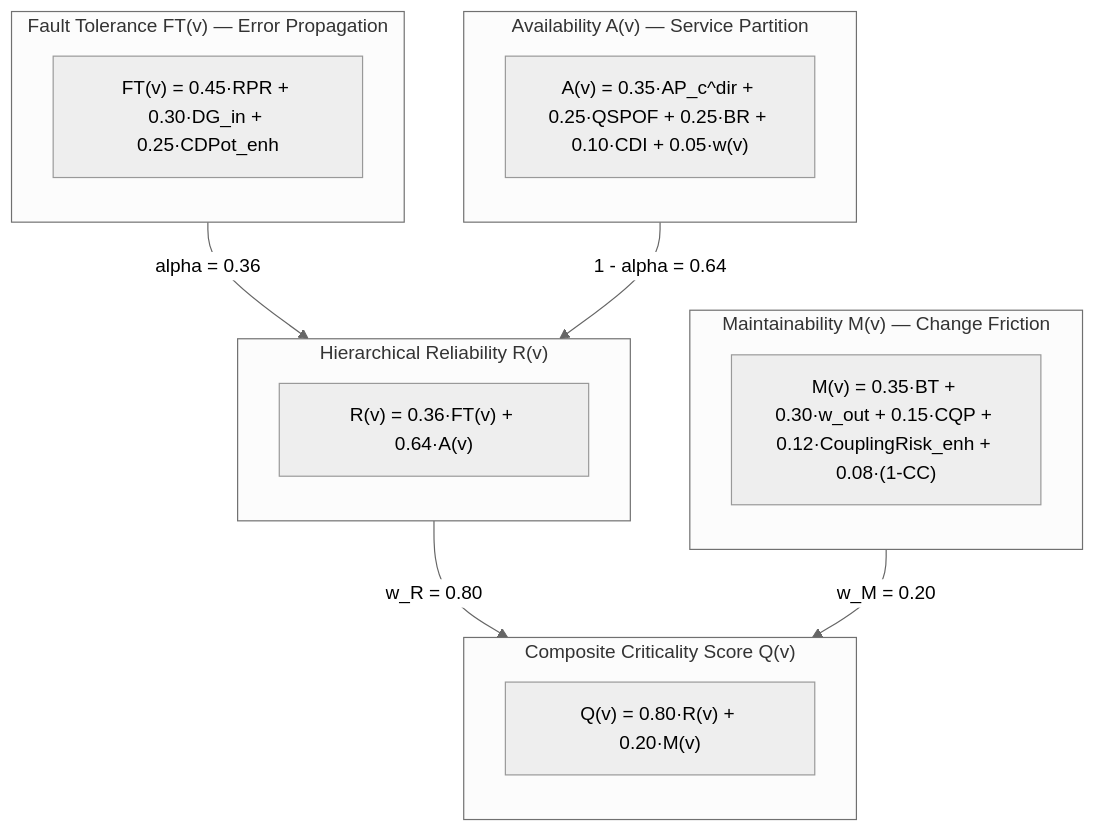
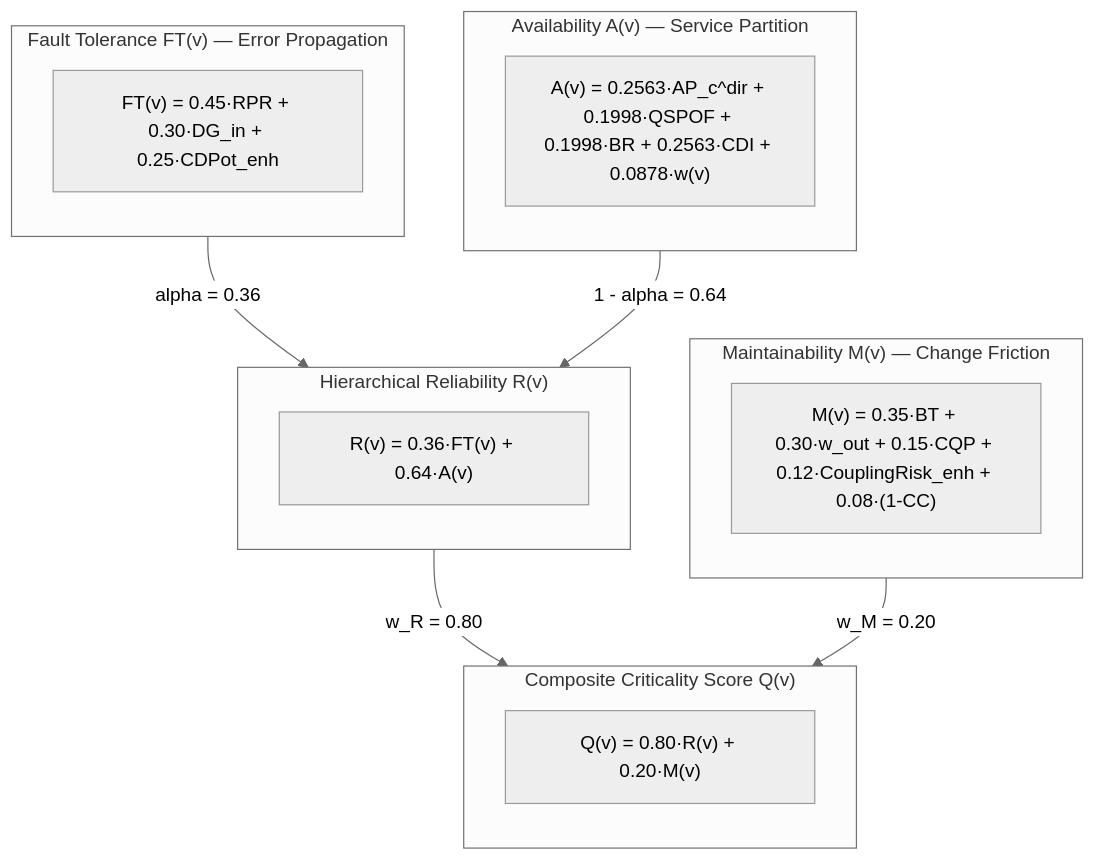
The fifth of 9 diagrams in docs/criticality.md (onuralpyigit/software-as-a-graph), drawn with Mermaid (neutral theme) before and after one commit. The commit also changed other lines of this file and 26 other files, not shown here.

````diff
--- a/docs/criticality.md
+++ b/docs/criticality.md
@@ -285,32 +285,32 @@
 ```mermaid
 flowchart TD
     subgraph FT_Calc["Fault Tolerance FT(v) — Error Propagation"]
         direction TB
         FT_Eq["FT(v) = 0.45·RPR + 0.30·DG_in + 0.25·CDPot_enh"]
     end
 
     subgraph A_Calc["Availability A(v) — Service Partition"]
         direction TB
-        A_Eq["A(v) = 0.35·AP_c^dir + 0.25·QSPOF + 0.25·BR + 0.10·CDI + 0.05·w(v)"]
+        A_Eq["A(v) = 0.2563·AP_c^dir + 0.1998·QSPOF + 0.1998·BR + 0.2563·CDI + 0.0878·w(v)"]
     end
 
     subgraph R_Calc["Hierarchical Reliability R(v)"]
         direction TB
         R_Eq["R(v) = 0.36·FT(v) + 0.64·A(v)"]
     end
 
     subgraph M_Calc["Maintainability M(v) — Change Friction"]
         direction TB
         M_Eq["M(v) = 0.35·BT + 0.30·w_out + 0.15·CQP + 0.12·CouplingRisk_enh + 0.08·(1-CC)"]
     end
 
     subgraph Q_Calc["Composite Criticality Score Q(v)"]
         direction TB
         Q_Eq["Q(v) = 0.80·R(v) + 0.20·M(v)"]
     end
 
     FT_Calc -->|"alpha = 0.36"| R_Calc
     A_Calc -->|"1 - alpha = 0.64"| R_Calc
     R_Calc -->|"w_R = 0.80"| Q_Calc
     M_Calc -->|"w_M = 0.20"| Q_Calc
 ```
````
